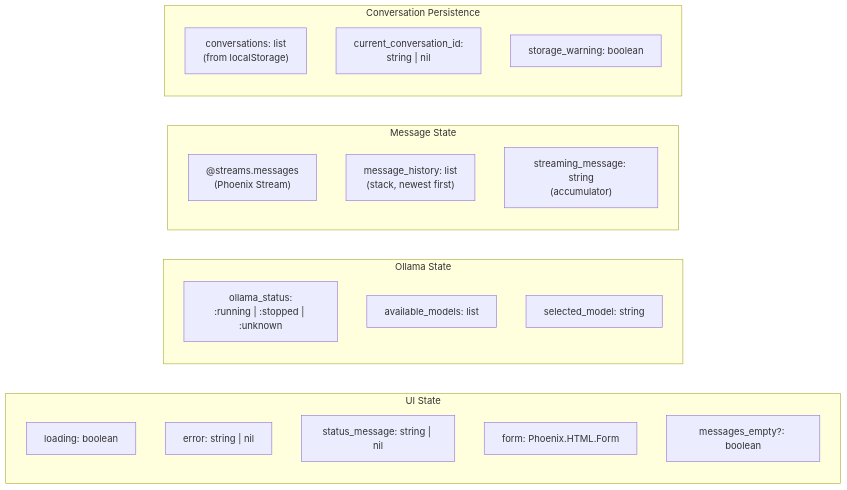
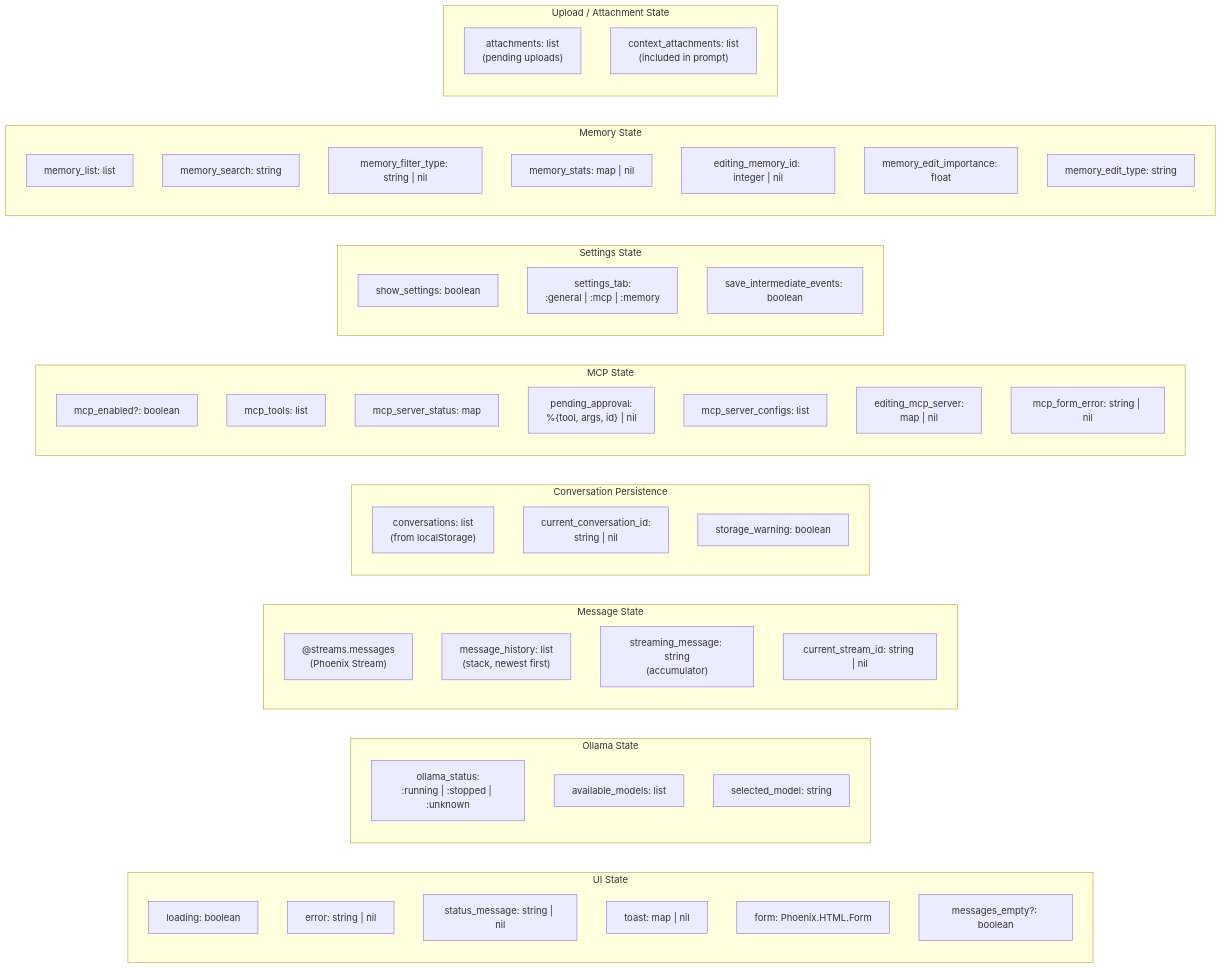
One commit to dmcbane/ollama_chat changed the first of 3 diagrams in docs/diagrams/05-liveview-state.md. Above: the diagram before and after it, drawn with Mermaid. The commit also changed other lines of this file and 5 other files, not shown here.

First line of the commit message:
docs: update diagrams and documentation for Phase 6 completion

````diff
--- a/docs/diagrams/05-liveview-state.md
+++ b/docs/diagrams/05-liveview-state.md
@@ -5,28 +5,61 @@
 ```mermaid
 graph LR
     subgraph "UI State"
         loading["loading: boolean"]
         error["error: string | nil"]
         status["status_message: string | nil"]
+        toast["toast: map | nil"]
         form["form: Phoenix.HTML.Form"]
         empty["messages_empty?: boolean"]
     end
 
     subgraph "Ollama State"
         ollama_status["ollama_status:<br/>:running | :stopped | :unknown"]
         models["available_models: list"]
         selected["selected_model: string"]
     end
 
     subgraph "Message State"
         stream["@streams.messages<br/>(Phoenix Stream)"]
         history["message_history: list<br/>(stack, newest first)"]
         streaming["streaming_message: string<br/>(accumulator)"]
+        stream_id["current_stream_id: string | nil"]
     end
 
     subgraph "Conversation Persistence"
         convos["conversations: list<br/>(from localStorage)"]
         current_id["current_conversation_id:<br/>string | nil"]
         warning["storage_warning: boolean"]
     end
+
+    subgraph "MCP State"
+        mcp_enabled["mcp_enabled?: boolean"]
+        mcp_tools["mcp_tools: list"]
+        mcp_status["mcp_server_status: map"]
+        pending["pending_approval:<br/>%{tool, args, id} | nil"]
+        mcp_configs["mcp_server_configs: list"]
+        editing_mcp["editing_mcp_server:<br/>map | nil"]
+        mcp_err["mcp_form_error: string | nil"]
+    end
+
+    subgraph "Settings State"
+        show_settings["show_settings: boolean"]
+        settings_tab["settings_tab:<br/>:general | :mcp | :memory"]
+        save_intermediate["save_intermediate_events: boolean"]
+    end
+
+    subgraph "Memory State"
+        mem_list["memory_list: list"]
+        mem_search["memory_search: string"]
+        mem_filter["memory_filter_type: string | nil"]
+        mem_stats["memory_stats: map | nil"]
+        editing_mem["editing_memory_id: integer | nil"]
+        mem_importance["memory_edit_importance: float"]
+        mem_type["memory_edit_type: string"]
+    end
+
+    subgraph "Upload / Attachment State"
+        attachments["attachments: list<br/>(pending uploads)"]
+        ctx_attachments["context_attachments: list<br/>(included in prompt)"]
+    end
 ```
````
